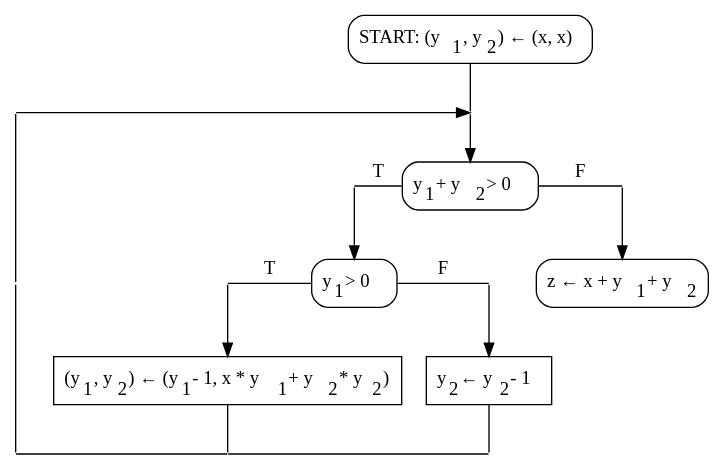
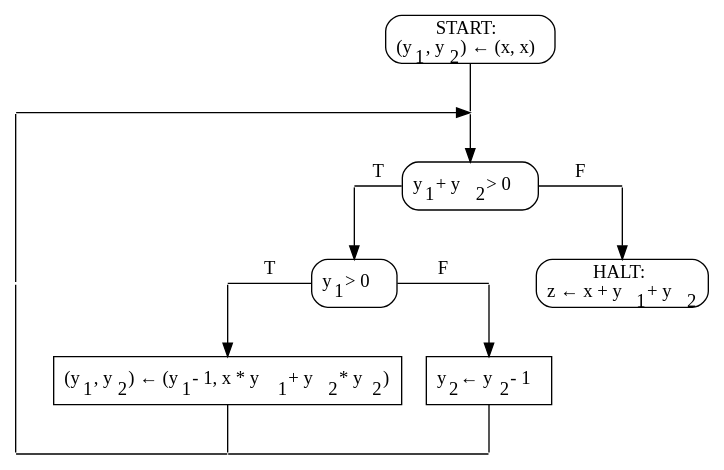
The diagram in exercises/x3_fig3.dot (kornevgen/mfsp), drawn with Graphviz before and after one commit. The commit also changed 9 other files, not shown here.

Commit message:
START and HALT operators was fixed in exercises.

```diff
--- a/exercises/x3_fig3.dot
+++ b/exercises/x3_fig3.dot
@@ -1,32 +1,32 @@
 digraph G{
 /* nodes by levels */
 node[shape=rectangle];
-START[style=rounded, label=<START: (y<sub>1</sub>, y<sub>2</sub>) &larr; (x, x)>];
+START[style=rounded, label=<START:<br/>(y<sub>1</sub>, y<sub>2</sub>) &larr; (x, x)>];
 TEST1[style=rounded, label=<y<sub>1</sub> + y<sub>2</sub> &gt; 0>];
 TEST2[style=rounded, label=<y<sub>1</sub> &gt; 0>];
 ASSIGN1[label=<y<sub>2</sub> &larr; y<sub>2</sub> - 1>];
 ASSIGN2[label=<(y<sub>1</sub>, y<sub>2</sub>) &larr; (y<sub>1</sub> - 1, x * y<sub>1</sub> + y<sub>2</sub> * y<sub>2</sub>)>];
-HALT[style=rounded, label=<z &larr; x + y<sub>1</sub> + y<sub>2</sub>>];
+HALT[style=rounded, label=<HALT:<br/>z &larr; x + y<sub>1</sub> + y<sub>2</sub>>];
 
 /* edges */
 node [shape=point, width=0];
 START -> p2 [weight=8, arrowhead=none]; p2 -> TEST1 [weight=8];
 {rank = same; p1 -> p2; }
 p1 -> p10 [weight=8, arrowhead=none];
 {rank = same; p3 -> TEST1 [label="T", arrowhead=none]; TEST1 -> p4 [label="F", arrowhead=none]; }
 p3 -> TEST2 [weight=8];
 p4 -> HALT [weight=8];
 
 p10 -> p5 [weight=8, style="invis"];
 p5 -> TEST2 [label="T", arrowhead=none];
 TEST2 -> p6 [label="F", arrowhead=none];
 p6 -> HALT [weight=8, style="invis"];
 {rank = same; p10; p5; TEST2; p6; HALT; }
 p5 -> ASSIGN2 [weight=12];
 p6 -> ASSIGN1 [weight=8];
 p10 -> p7 [weight=10, arrowhead=none];
 {rank=same; ASSIGN2; ASSIGN1; }
 ASSIGN2 -> p8 [weight=8, arrowhead=none];
 ASSIGN1 -> p9 [weight=8, arrowhead=none];
 { rank=same; p7 -> p8 [arrowhead=none]; p8 -> p9 [arrowhead=none]; }
 }
```
